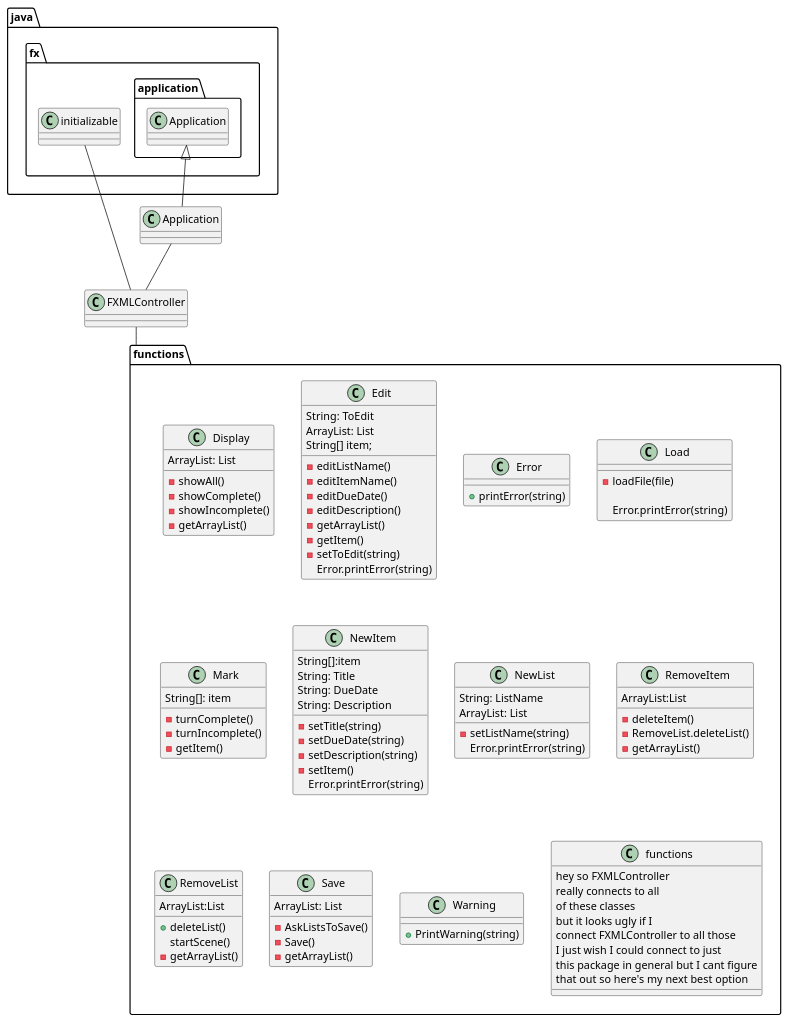
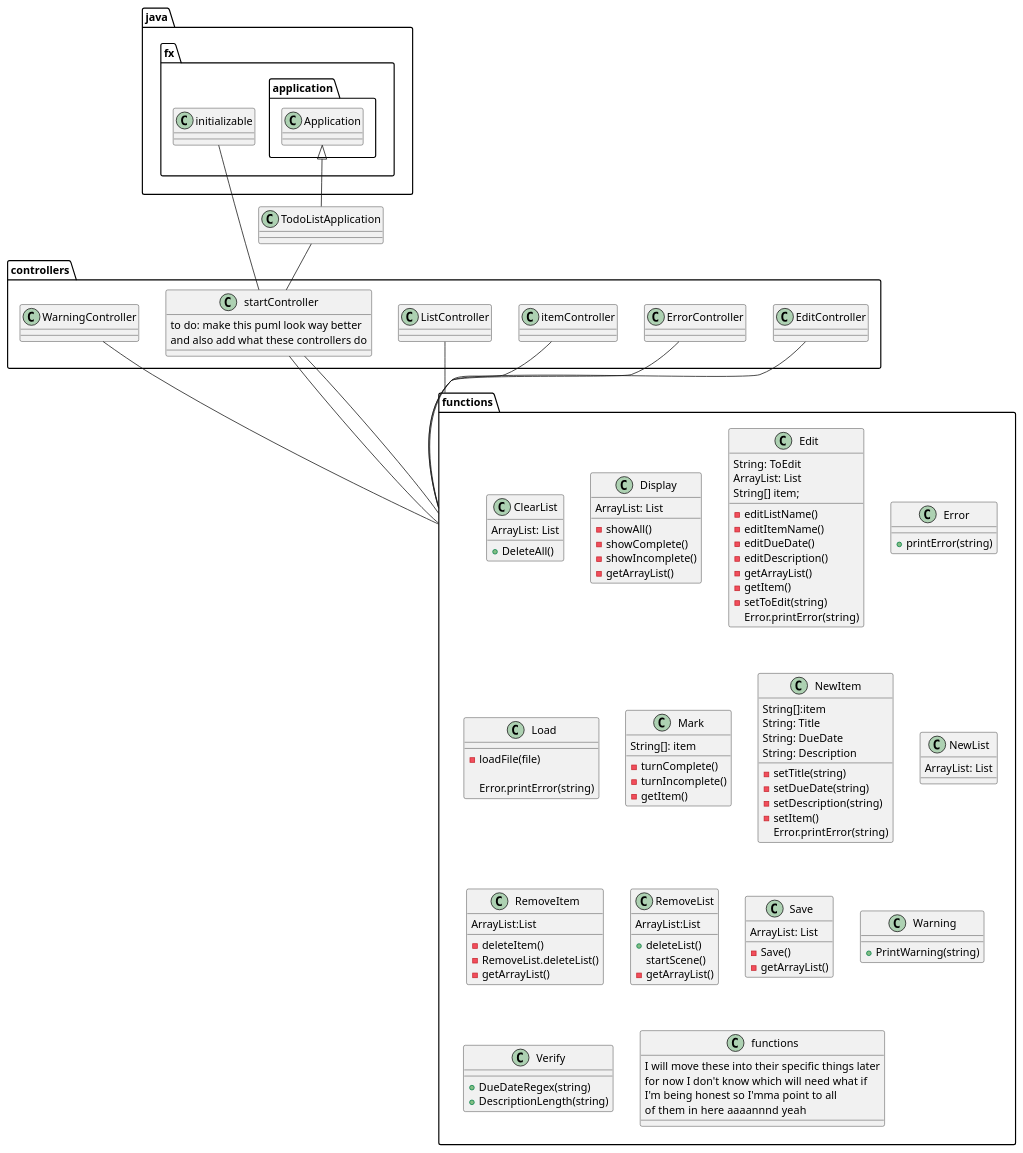
The diagram in docs/Application.puml (Tomatoats/backUpRepoBeforeImessThingsUp), drawn with PlantUML before and after one commit. The commit also changed 23 other files, not shown here.

```diff
--- a/docs/Application.puml
+++ b/docs/Application.puml
@@ -1,94 +1,111 @@
 @startuml
-class Application {}
-class FXMLController {}
 
+package controllers{
+
+class EditController {}
+class ErrorController {}
+class itemController {}
+class ListController {}
+class startController {
+to do: make this puml look way better
+and also add what these controllers do
+}
+class WarningController {}
+}
 package functions {
+    class ClearList{
+    ArrayList: List
+    +DeleteAll()
+    }
     class Display {
     ArrayList: List
     -showAll()
     -showComplete()
     -showIncomplete()
     -getArrayList()
     }
     class Edit {
     String: ToEdit
     ArrayList: List
     String[] item;
     -editListName()
     -editItemName()
     -editDueDate()
     -editDescription()
     -getArrayList()
     -getItem()
     -setToEdit(string)
     Error.printError(string)
     }
     class Error {
     +printError(string)
     }
     class Load {
     -loadFile(file)
 
     Error.printError(string)
     }
     class Mark {
     String[]: item
     -turnComplete()
     -turnIncomplete()
     -getItem()
     }
     class NewItem {
     String[]:item
     String: Title
     String: DueDate
     String: Description
     -setTitle(string)
     -setDueDate(string)
     -setDescription(string)
     -setItem()
     Error.printError(string)
     }
     class NewList{
-    String: ListName
+
     ArrayList: List
-    -setListName(string)
-    Error.printError(string)
     }
     class RemoveItem{
     ArrayList:List
     -deleteItem()
     -RemoveList.deleteList()
     -getArrayList()
     }
     class RemoveList{
     ArrayList:List
     +deleteList()
     startScene()
     -getArrayList()
     }
     class Save{
     ArrayList: List
-    -AskListsToSave()
     -Save()
     -getArrayList()
     }
     class Warning{
     +PrintWarning(string)
     }
+    class Verify {
+    +DueDateRegex(string)
+    +DescriptionLength(string)
+    }
     class functions {
-    hey so FXMLController
-    really connects to all
-    of these classes
-    but it looks ugly if I
-    connect FXMLController to all those
-    I just wish I could connect to just
-    this package in general but I cant figure
-    that out so here's my next best option
+    I will move these into their specific things later
+    for now I don't know which will need what if
+     I'm being honest so I'mma point to all
+     of them in  here aaaannnd yeah
     }
 }
-java.fx.application.Application <|-- Application
-Application -- FXMLController
-java.fx.initializable -- FXMLController
-FXMLController -- functions
+java.fx.application.Application <|-- TodoListApplication
+TodoListApplication -- startController
+java.fx.initializable -- startController
+startController -- functions
+EditController -- functions
+ErrorController -- functions
+itemController -- functions
+ListController -- functions
+startController -- functions
+WarningController -- functions
 
 @enduml
```
